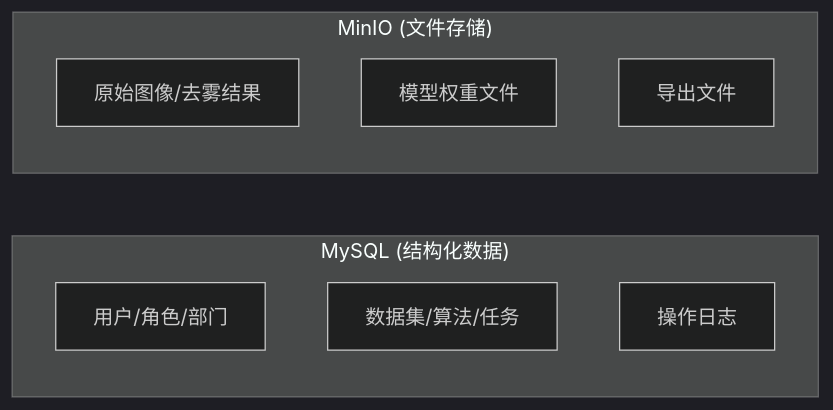
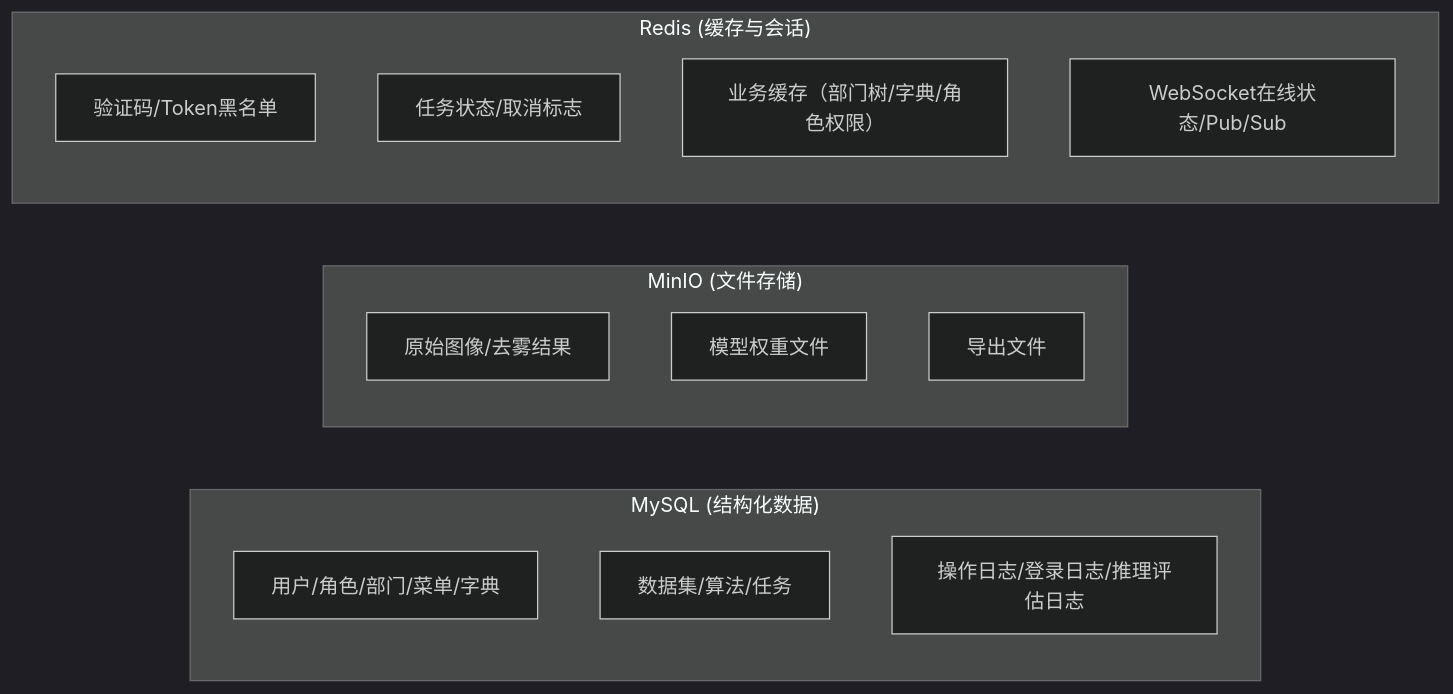
One commit to earthy-zinc/dehaze-system changed the sixth of 15 diagrams in dehaze-doc/docs/02-系统架构/08-后端基础设施设计(Python).md. Above: the diagram before and after it, drawn with Mermaid (dark theme). The commit also changed other lines of this file and 10 other files, not shown here.

````diff
--- a/dehaze-doc/docs/02-系统架构/08-后端基础设施设计(Python).md
+++ b/dehaze-doc/docs/02-系统架构/08-后端基础设施设计(Python).md
@@ -467,14 +587,21 @@
 ```mermaid
 flowchart LR
     subgraph Relational["MySQL (结构化数据)"]
-        User["用户/角色/部门"]
+        User["用户/角色/部门/菜单/字典"]
         Business["数据集/算法/任务"]
-        Log["操作日志"]
+        Log["操作日志/登录日志/推理评估日志"]
     end
 
     subgraph Object["MinIO (文件存储)"]
         Image["原始图像/去雾结果"]
         Model["模型权重文件"]
         Export["导出文件"]
     end
+
+    subgraph Cache["Redis (缓存与会话)"]
+        Session["验证码/Token黑名单"]
+        Task["任务状态/取消标志"]
+        Cache_["业务缓存（部门树/字典/角色权限）"]
+        WS["WebSocket在线状态/Pub/Sub"]
+    end
 ```
````
